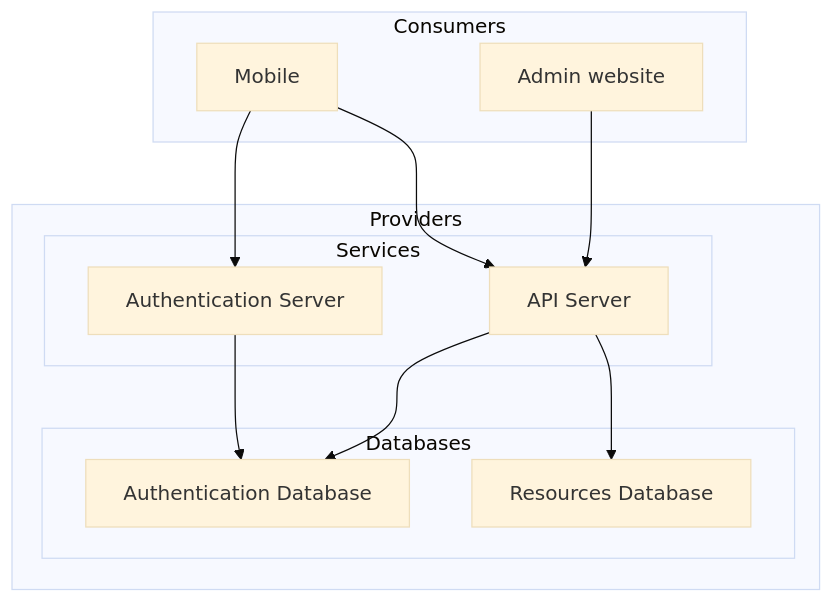
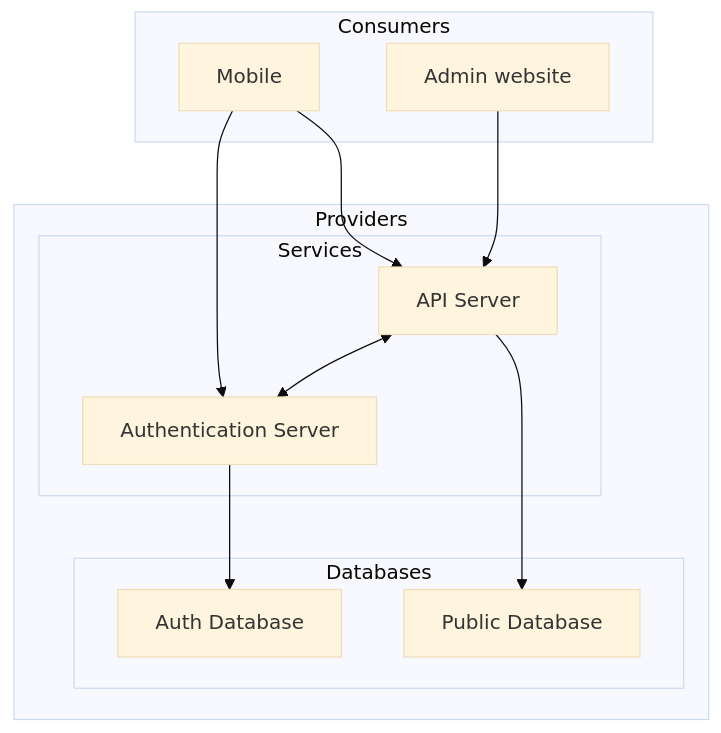
The diagram in docs/diagrams/architecture.md (coinhub-uit/coinhub-uit.github.io), drawn with Mermaid (base theme) before and after one commit.

Commit message:
feat: update soa

````diff
--- a/docs/diagrams/architecture.md
+++ b/docs/diagrams/architecture.md
@@ -7,25 +7,25 @@
 ```mermaid
 flowchart TD
   subgraph consumers["Consumers"]
     mobile["Mobile"]
     adminWebsite["Admin website"]
   end
 
   subgraph providers["Providers"]
     subgraph services["Services"]
       apiServer["API Server"]
       authenticationServer["Authentication Server"]
     end
     subgraph databases["Databases"]
-      authenticationDatabase["Authentication Database"]
-      resourcesDatabase["Resources Database"]
+      authDatabase["Auth Database"]
+      publicDatabase["Public Database"]
     end
   end
 
   mobile-->authenticationServer
   mobile-->apiServer
   adminWebsite-->apiServer
-  authenticationServer-->authenticationDatabase
-  apiServer-->authenticationDatabase
-  apiServer-->resourcesDatabase
+  apiServer-->publicDatabase
+  apiServer<-->authenticationServer
+  authenticationServer-->authDatabase
 ```
````
